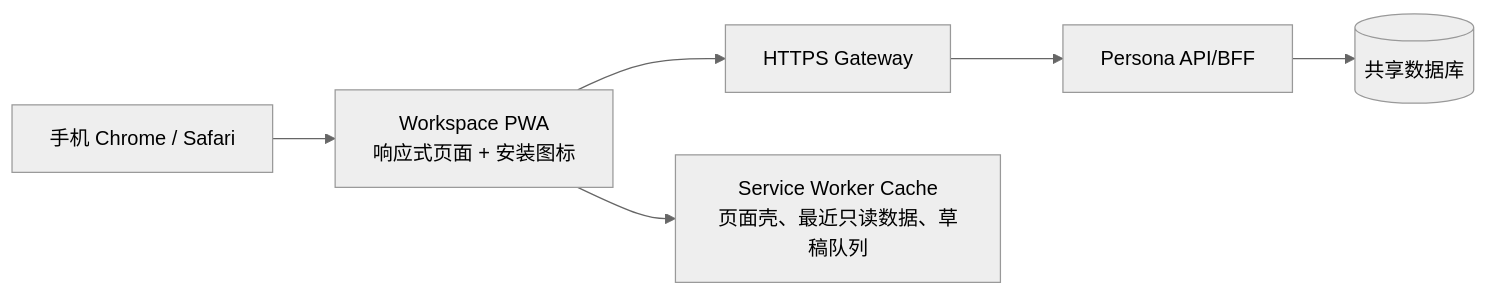
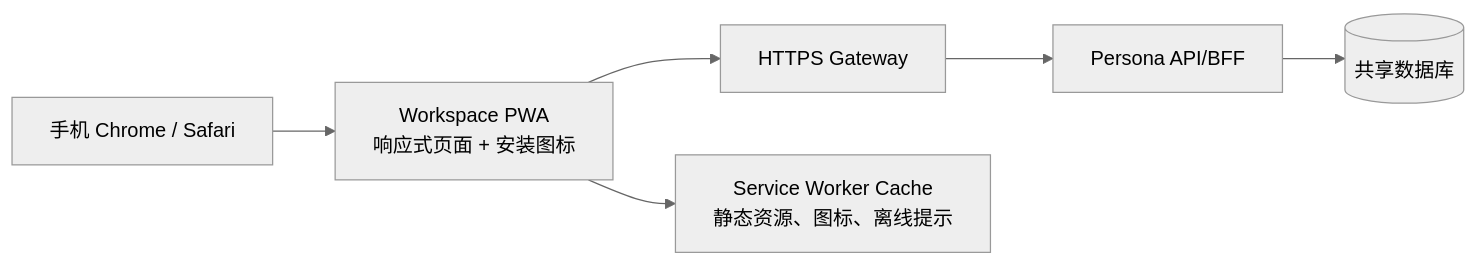
One commit to qiancheng06/new-blog changed the fourth of 9 diagrams in docs/00-overview/deployment-and-client-architecture.md. Above: the diagram before and after it, drawn with Mermaid (neutral theme). The commit also changed other lines of this file and 39 other files, not shown here.

````diff
--- a/docs/00-overview/deployment-and-client-architecture.md
+++ b/docs/00-overview/deployment-and-client-architecture.md
@@ -186,8 +186,8 @@
 ```mermaid
 flowchart LR
   phone["手机 Chrome / Safari"] --> pwa["Workspace PWA<br/>响应式页面 + 安装图标"]
   pwa --> gateway["HTTPS Gateway"]
   gateway --> api["Persona API/BFF"]
-  pwa --> cache["Service Worker Cache<br/>页面壳、最近只读数据、草稿队列"]
+  pwa --> cache["Service Worker Cache<br/>静态资源、图标、离线提示"]
   api --> db[("共享数据库")]
 ```
````
